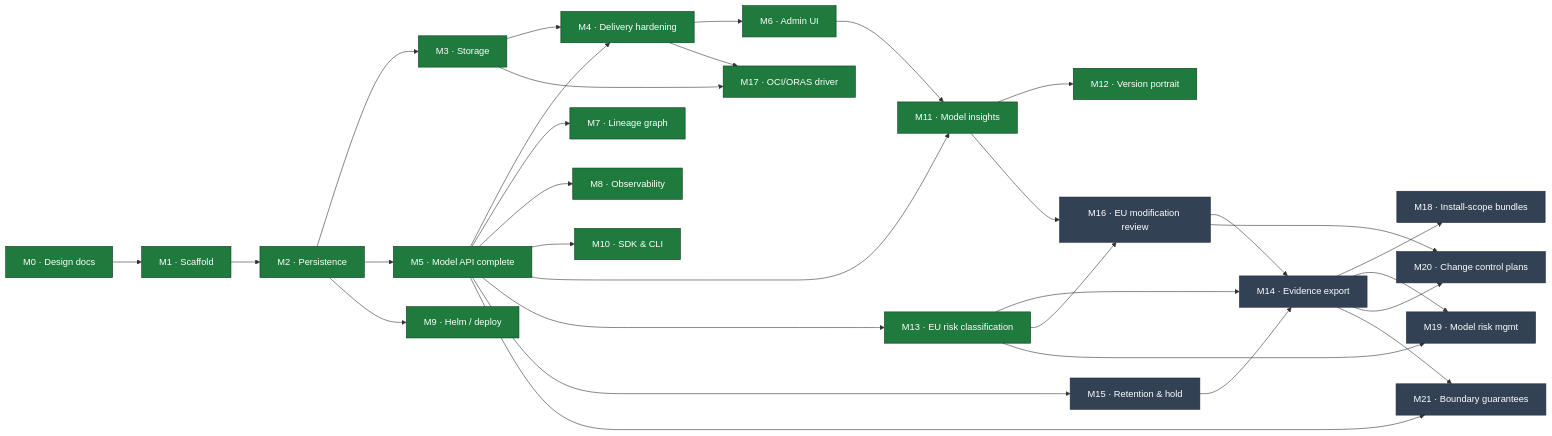
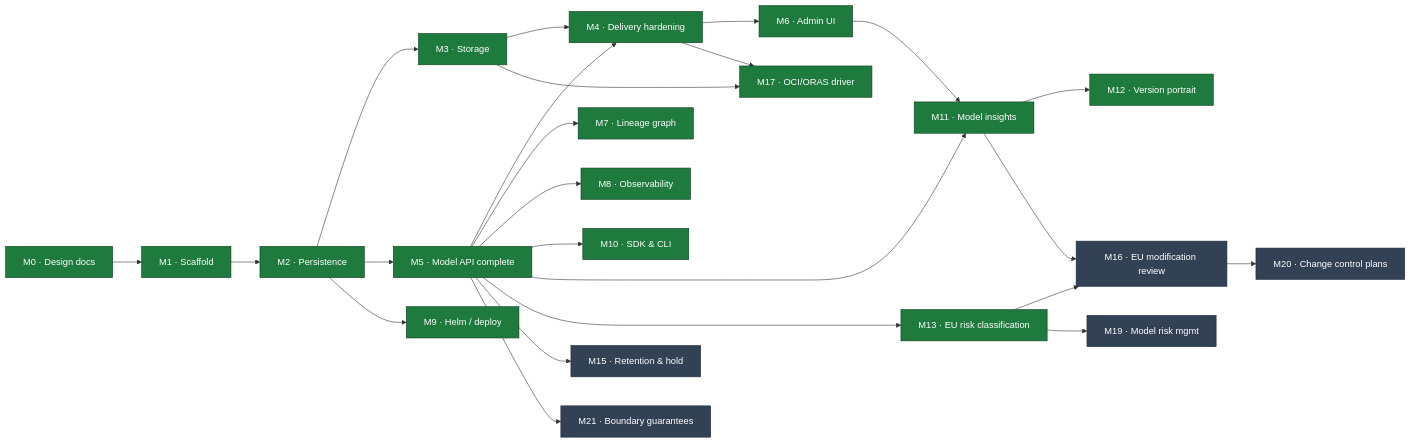
Before and after one commit to proseria-research/lineage: the diagram in MILESTONES.md, drawn with Mermaid. The commit also changed other lines of this file and 2 other files, not shown here.

````diff
--- a/MILESTONES.md
+++ b/MILESTONES.md
@@ -17,43 +17,36 @@
 ```mermaid
 flowchart LR
     M0["M0 · Design docs"] --> M1["M1 · Scaffold"]
     M1 --> M2["M2 · Persistence"]
     M2 --> M3["M3 · Storage"]
     M2 --> M5["M5 · Model API complete"]
     M3 --> M4["M4 · Delivery hardening"]
     M5 --> M4
     M5 --> M7["M7 · Lineage graph"]
     M4 --> M6["M6 · Admin UI"]
     M5 --> M8["M8 · Observability"]
     M2 --> M9["M9 · Helm / deploy"]
     M5 --> M10["M10 · SDK & CLI"]
     M5 --> M11["M11 · Model insights"]
     M6 --> M11
     M11 --> M12["M12 · Version portrait"]
 
     M5 --> M13["M13 · EU risk classification"]
-    M13 --> M14["M14 · Evidence export"]
     M13 --> M16["M16 · EU modification review"]
     M11 --> M16
-    M16 --> M14
     M5 --> M15["M15 · Retention &amp; hold"]
-    M15 --> M14
 
     M3 --> M17["M17 · OCI/ORAS driver"]
     M4 --> M17
 
-    M14 --> M18["M18 · Install-scope bundles"]
     M13 --> M19["M19 · Model risk mgmt"]
-    M14 --> M19
     M16 --> M20["M20 · Change control plans"]
-    M14 --> M20
 
     M5 --> M21["M21 · Boundary guarantees"]
-    M14 --> M21
 
     classDef done fill:#1f7a3d,stroke:#0d3d1e,color:#fff;
     classDef active fill:#b45309,stroke:#7c3a06,color:#fff;
     classDef todo fill:#334155,stroke:#1e293b,color:#fff;
     class M0,M1,M2,M3,M4,M5,M6,M7,M8,M9,M10,M11,M12,M13,M17 done;
-    class M14,M15,M16,M18,M19,M20,M21 todo;
+    class M15,M16,M19,M20,M21 todo;
 ```
````
